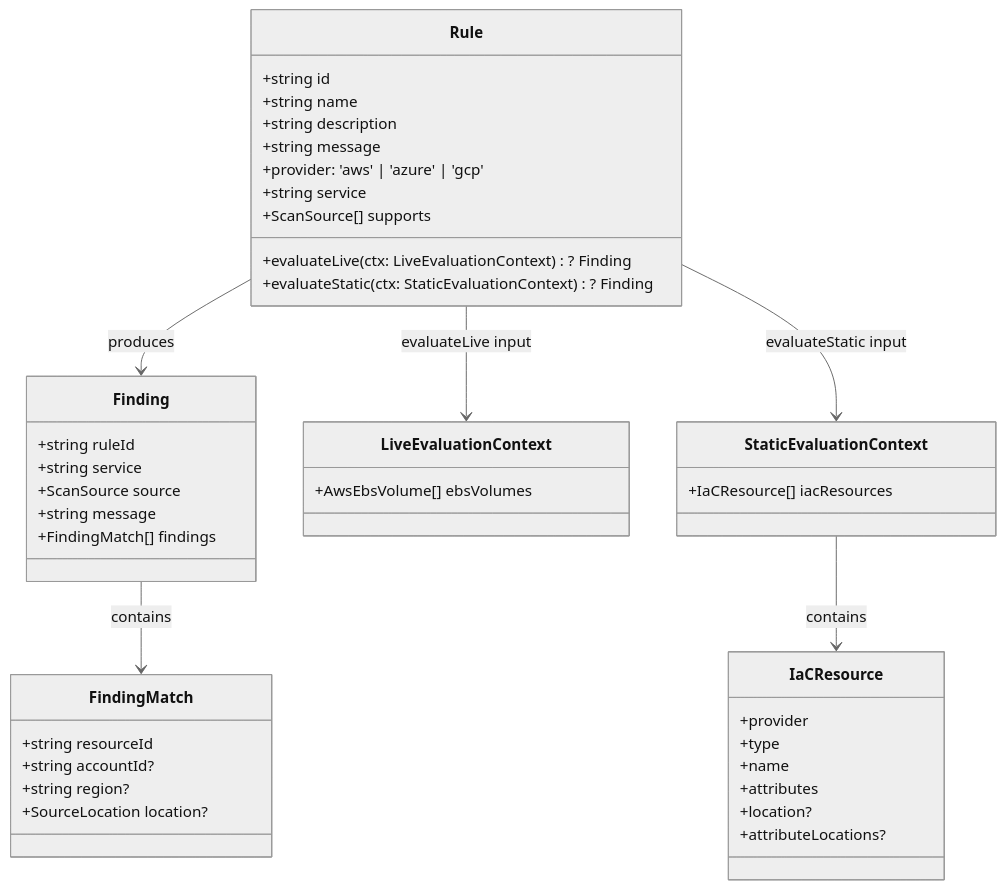
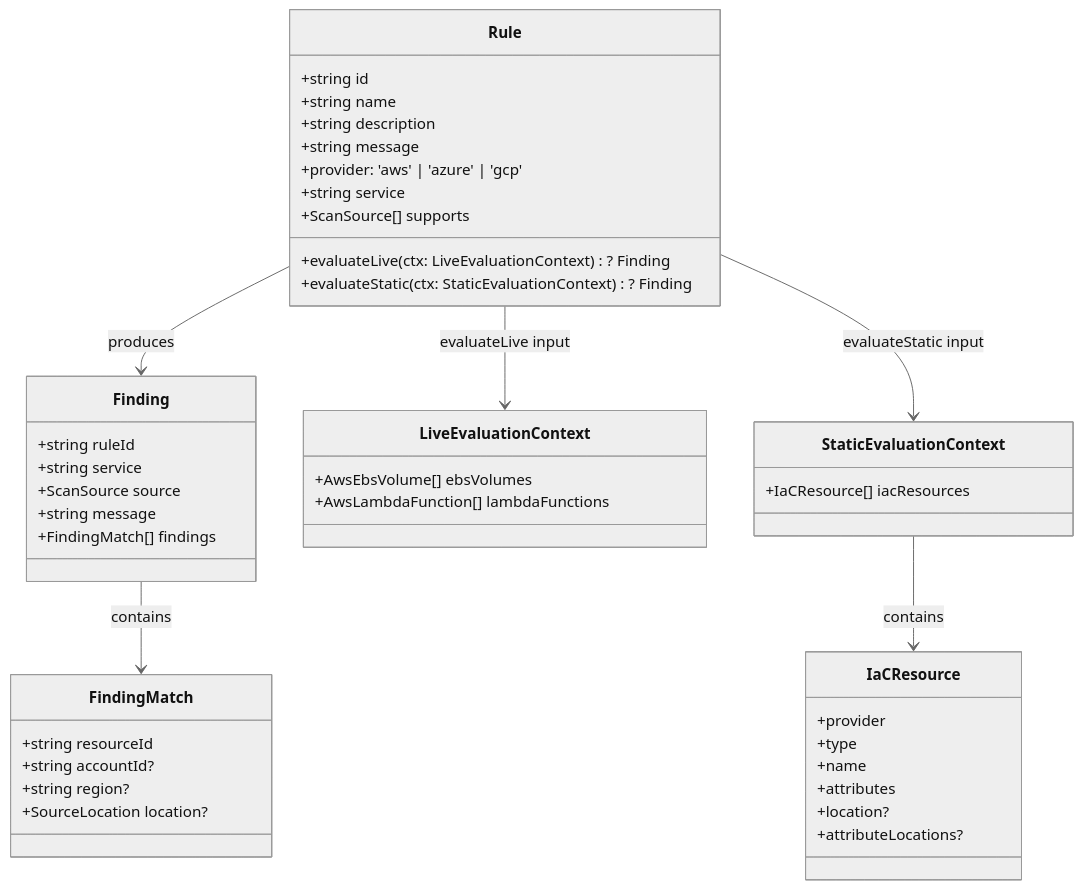
One commit to towardsthecloud/cloudburn changed the first of 2 diagrams in docs/architecture/rules.md. Above: the diagram before and after it, drawn with Mermaid (neutral theme). The commit also changed other lines of this file and 22 other files, not shown here.

First line of the commit message:
feat(rules,sdk): implement Lambda cost-optimal architecture rule (CLDBRN-AWS-LAMBDA-1) (#21)

````diff
--- a/docs/architecture/rules.md
+++ b/docs/architecture/rules.md
@@ -5,52 +5,53 @@
 ```mermaid
 classDiagram
   class Rule {
     +string id
     +string name
     +string description
     +string message
     +provider: 'aws' | 'azure' | 'gcp'
     +string service
     +ScanSource[] supports
     +evaluateLive(ctx: LiveEvaluationContext)? Finding
     +evaluateStatic(ctx: StaticEvaluationContext)? Finding
   }
 
   class Finding {
     +string ruleId
     +string service
     +ScanSource source
     +string message
     +FindingMatch[] findings
   }
 
   class FindingMatch {
     +string resourceId
     +string accountId?
     +string region?
     +SourceLocation location?
   }
 
   class LiveEvaluationContext {
     +AwsEbsVolume[] ebsVolumes
+    +AwsLambdaFunction[] lambdaFunctions
   }
 
   class IaCResource {
     +provider
     +type
     +name
     +attributes
     +location?
     +attributeLocations?
   }
 
   class StaticEvaluationContext {
     +IaCResource[] iacResources
   }
 
   Rule --> Finding : produces
   Finding --> FindingMatch : contains
   Rule --> LiveEvaluationContext : evaluateLive input
   Rule --> StaticEvaluationContext : evaluateStatic input
   StaticEvaluationContext --> IaCResource : contains
 ```
````
